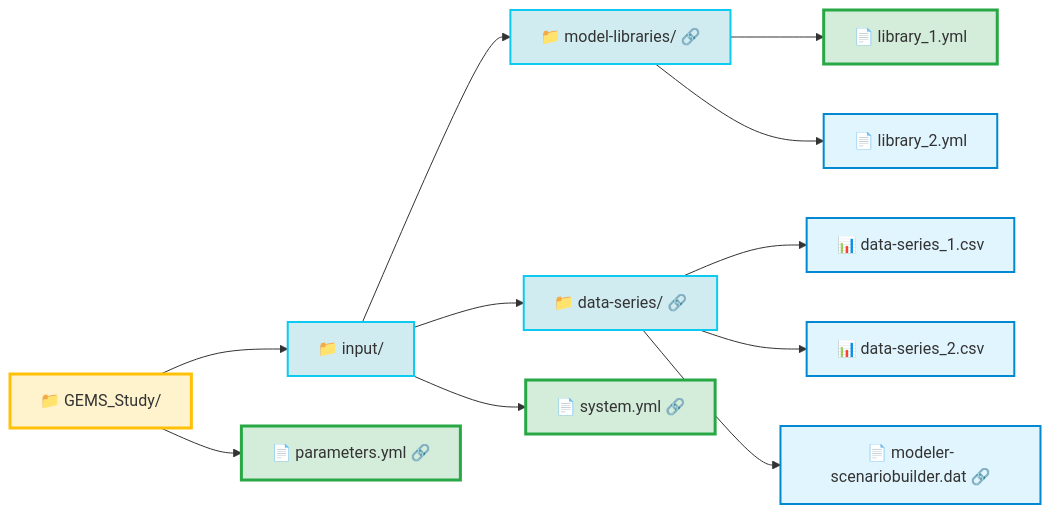
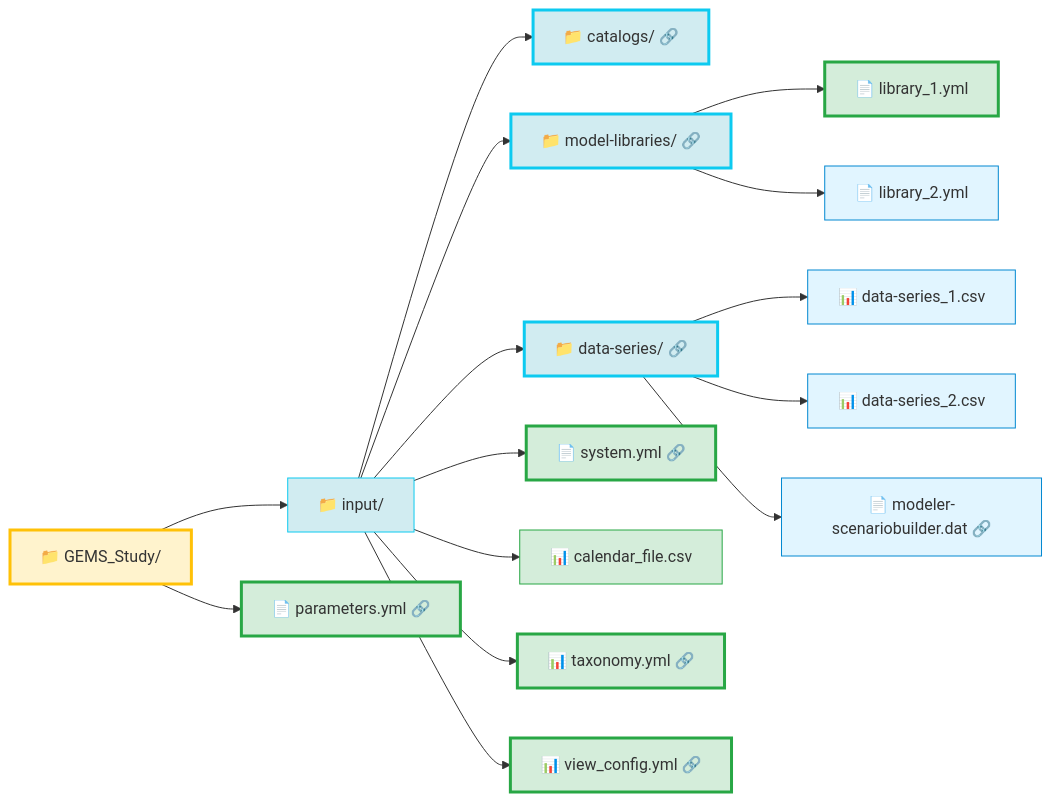
Before and after one commit to AntaresSimulatorTeam/GEMS: the diagram in doc/user-guide/input-files/overview.md, drawn with Mermaid.

Commit message:
update mermaid diagram

````diff
--- a/doc/user-guide/input-files/overview.md
+++ b/doc/user-guide/input-files/overview.md
@@ -19,45 +19,60 @@
 ```mermaid
 flowchart LR
     Study["📁 GEMS_Study/"]
     Input["📁 input/"]
+    Catalogs["📁 catalogs/ 🔗"]
     ModelLib["📁 model-libraries/ 🔗"]
     DataSeries["📁 data-series/ 🔗"]
     
     System["📄 system.yml 🔗"]
     Params["📄 parameters.yml 🔗"]
     Lib1["📄 library_1.yml"]
     Lib2["📄 library_2.yml"]
     Data1["📊 data-series_1.csv"]
     Data2["📊 data-series_2.csv"]
     Scenario["📄 modeler-scenariobuilder.dat 🔗"]
+    Calendar["📊 calendar_file.csv"]
+    Taxonomy["📊 taxonomy.yml 🔗"]
+    View_Configuration["📊 view_config.yml 🔗"]
     
     Study --> Input
     Study --> Params
     Input --> ModelLib
     Input --> System
     Input --> DataSeries
+    Input --> Catalogs
+    Input --> Taxonomy
+    Input --> Calendar
+    Input --> View_Configuration
     ModelLib --> Lib1
     ModelLib --> Lib2
     DataSeries --> Data1
     DataSeries --> Data2
     DataSeries --> Scenario
     
     style Study fill:#fff3cd,stroke:#ffc107,stroke-width:3px
-    style Input fill:#d1ecf1,stroke:#0dcaf0,stroke-width:2px
-    style ModelLib fill:#d1ecf1,stroke:#0dcaf0,stroke-width:2px
-    style DataSeries fill:#d1ecf1,stroke:#0dcaf0,stroke-width:2px
+    style Input fill:#d1ecf1,stroke:#0dcaf0,stroke-width:1px
+    style ModelLib fill:#d1ecf1,stroke:#0dcaf0,stroke-width:3px
+    style DataSeries fill:#d1ecf1,stroke:#0dcaf0,stroke-width:3px
+    style Catalogs fill:#d1ecf1,stroke:#0dcaf0,stroke-width:3px
     style System fill:#d4edda,stroke:#28a745,stroke-width:3px
+    style Taxonomy fill:#d4edda,stroke:#28a745,stroke-width:3px
+    style View_Configuration fill:#d4edda,stroke:#28a745,stroke-width:3px
+    style Calendar fill:#d4edda,stroke:#28a745,stroke-width:1px
     style Params fill:#d4edda,stroke:#28a745,stroke-width:3px
     style Lib1 fill:#d4edda,stroke:#28a745,stroke-width:3px
-    style Lib2 fill:#e1f5ff,stroke:#0288d1,stroke-width:2px
-    style Data1 fill:#e1f5ff,stroke:#0288d1,stroke-width:2px
-    style Data2 fill:#e1f5ff,stroke:#0288d1,stroke-width:2px
-    style Scenario fill:#e1f5ff,stroke:#0288d1,stroke-width:2px
+    style Lib2 fill:#e1f5ff,stroke:#0288d1,stroke-width:1px
+    style Data1 fill:#e1f5ff,stroke:#0288d1,stroke-width:1px
+    style Data2 fill:#e1f5ff,stroke:#0288d1,stroke-width:1px
+    style Scenario fill:#e1f5ff,stroke:#0288d1,stroke-width:1px
 
     
     click ModelLib "../library/"
     click System "../system/"
     click DataSeries "../data-series/"
     click Scenario "../scenario-builder/"
     click Params "../solver-optimization/"
+    click Catalogs "../catalog/"
+    click Taxonomy "../taxonomy/"
+    click View_Configuration "../view-config/"
 ```
````
